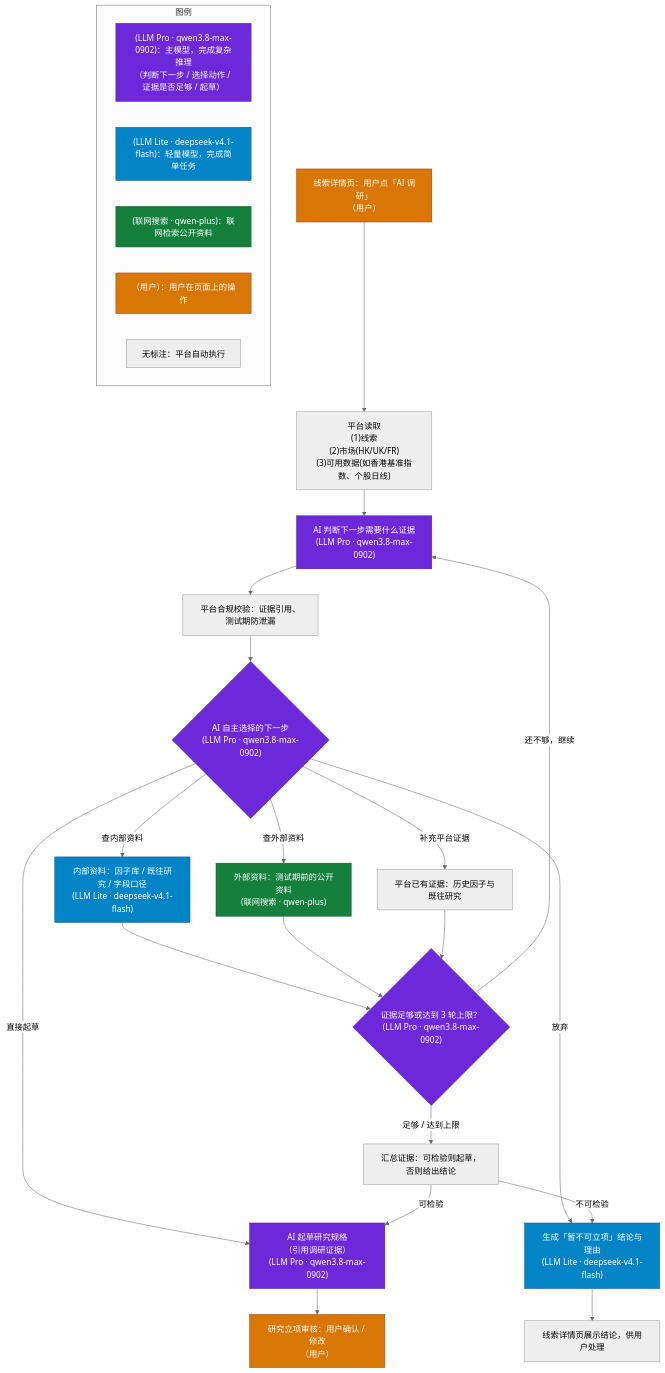
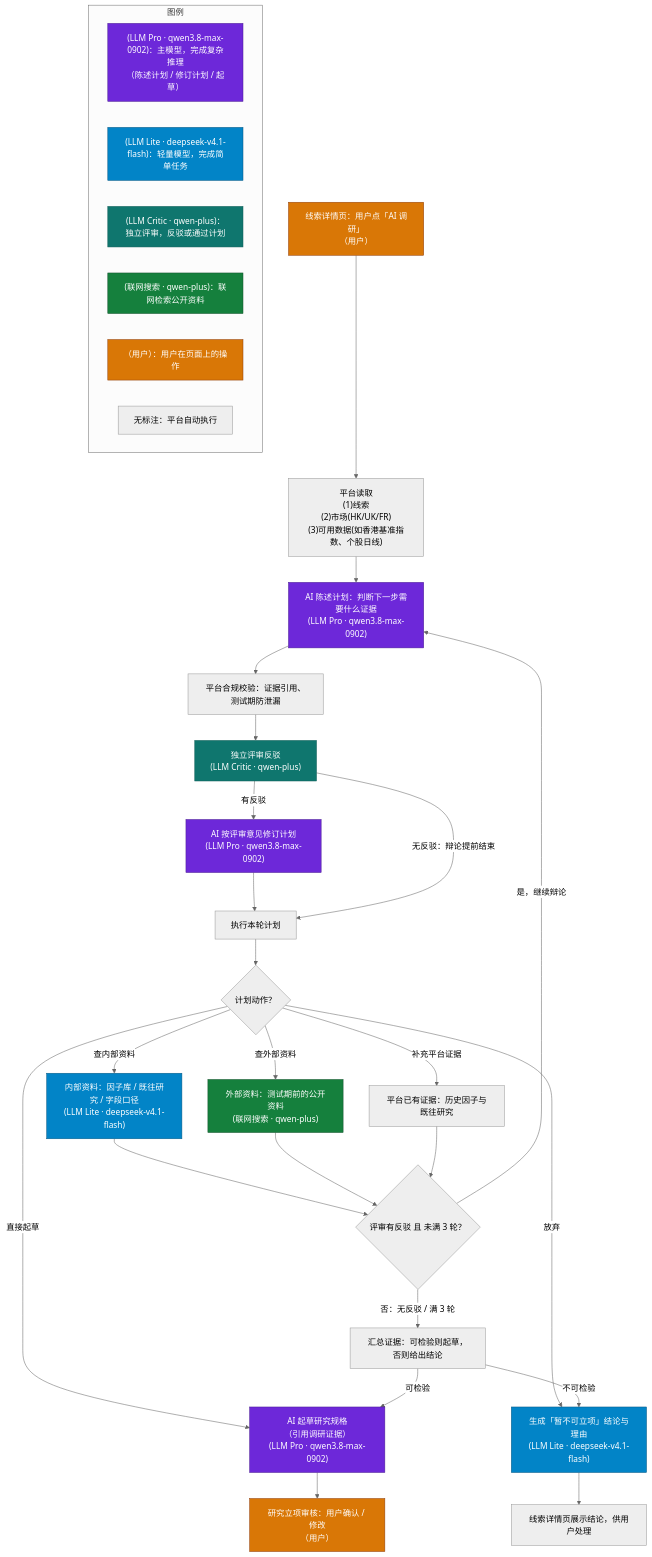
One commit to nuke-yu/factopia changed the first of 3 diagrams in docs/Agentic-workflow-线索-AI调研.md. Above: the diagram before and after it, drawn with Mermaid (neutral theme). The commit also changed other lines of this file and 8 other files, not shown here.

````diff
--- a/docs/Agentic-workflow-线索-AI调研.md
+++ b/docs/Agentic-workflow-线索-AI调研.md
@@ -11,39 +12,46 @@
 ```mermaid
 flowchart TD
     A["线索详情页：用户点「AI 调研」<br/>（用户）"] --> C["平台读取<br/>(1)线索<br/>(2)市场(HK/UK/FR)<br/>(3)可用数据(如香港基准指数、个股日线)"]
-    C --> P["AI 判断下一步需要什么证据<br/>(LLM Pro · qwen3.8-max-0902)"]
+    C --> P["AI 陈述计划：判断下一步需要什么证据<br/>(LLM Pro · qwen3.8-max-0902)"]
     P --> V["平台合规校验：证据引用、测试期防泄漏"]
-    V --> T{"AI 自主选择的下一步<br/>(LLM Pro · qwen3.8-max-0902)"}
+    V --> CR["独立评审反驳<br/>(LLM Critic · qwen-plus)"]
+    CR -->|"有反驳"| PR["AI 按评审意见修订计划<br/>(LLM Pro · qwen3.8-max-0902)"]
+    PR --> EX["执行本轮计划"]
+    CR -->|"无反驳：辩论提前结束"| EX
+    EX --> T{"计划动作？"}
     T -->|"查内部资料"| E1["内部资料：因子库 / 既往研究 / 字段口径<br/>(LLM Lite · deepseek-v4.1-flash)"]
     T -->|"查外部资料"| E2["外部资料：测试期前的公开资料<br/>(联网搜索 · qwen-plus)"]
     T -->|"补充平台证据"| E3["平台已有证据：历史因子与既往研究"]
-    E1 --> R{"证据足够或达到 3 轮上限？<br/>(LLM Pro · qwen3.8-max-0902)"}
+    E1 --> R{"评审有反驳 且 未满 3 轮？"}
     E2 --> R
     E3 --> R
-    R -->|"还不够，继续"| P
-    R -->|"足够 / 达到上限"| F["汇总证据：可检验则起草，否则给出结论"]
+    R -->|"是，继续辩论"| P
+    R -->|"否：无反驳 / 满 3 轮"| F["汇总证据：可检验则起草，否则给出结论"]
     T -->|"直接起草"| DR["AI 起草研究规格<br/>（引用调研证据）<br/>(LLM Pro · qwen3.8-max-0902)"]
     T -->|"放弃"| GU["生成「暂不可立项」结论与理由<br/>(LLM Lite · deepseek-v4.1-flash)"]
     F -->|"可检验"| DR
     F -->|"不可检验"| GU
     DR --> H["研究立项审核：用户确认 / 修改<br/>（用户）"]
     GU --> G["线索详情页展示结论，供用户处理"]
 
     classDef pro fill:#6d28d9,color:#fff,stroke:#4c1d95
     classDef lite fill:#0284c7,color:#fff,stroke:#075985
+    classDef critic fill:#0f766e,color:#fff,stroke:#115e59
     classDef search fill:#15803d,color:#fff,stroke:#14532d
     classDef human fill:#d97706,color:#fff,stroke:#92400e
-    class P,T,R,DR pro
+    class P,PR,DR pro
     class E1,GU lite
+    class CR critic
     class E2 search
     class A,H human
 
     subgraph LG["图例"]
       direction LR
-      LG1["(LLM Pro · qwen3.8-max-0902)：主模型，完成复杂推理<br/>（判断下一步 / 选择动作 / 证据是否足够 / 起草）"]:::pro
+      LG1["(LLM Pro · qwen3.8-max-0902)：主模型，完成复杂推理<br/>（陈述计划 / 修订计划 / 起草）"]:::pro
       LG2["(LLM Lite · deepseek-v4.1-flash)：轻量模型，完成简单任务"]:::lite
-      LG3["(联网搜索 · qwen-plus)：联网检索公开资料"]:::search
-      LG4["（用户）：用户在页面上的操作"]:::human
-      LG5["无标注：平台自动执行"]
+      LG3["(LLM Critic · qwen-plus)：独立评审，反驳或通过计划"]:::critic
+      LG4["(联网搜索 · qwen-plus)：联网检索公开资料"]:::search
+      LG5["（用户）：用户在页面上的操作"]:::human
+      LG6["无标注：平台自动执行"]
     end
 ```
````
